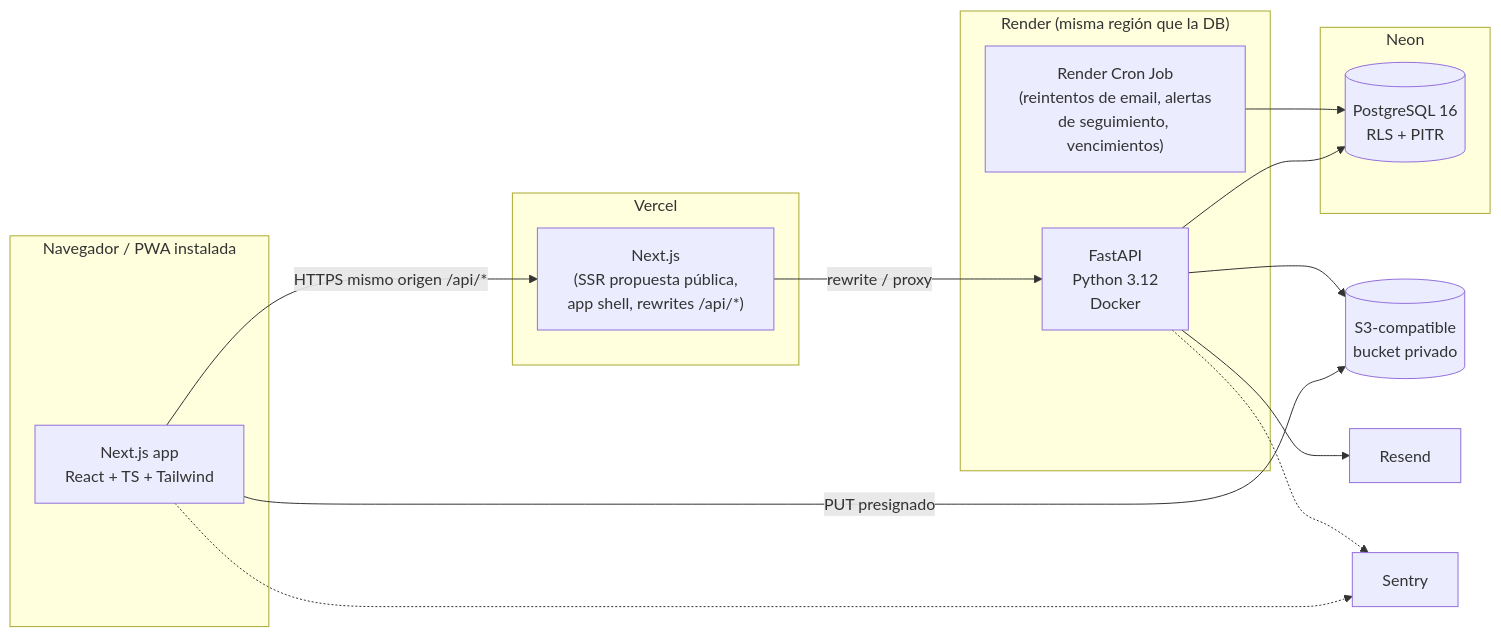
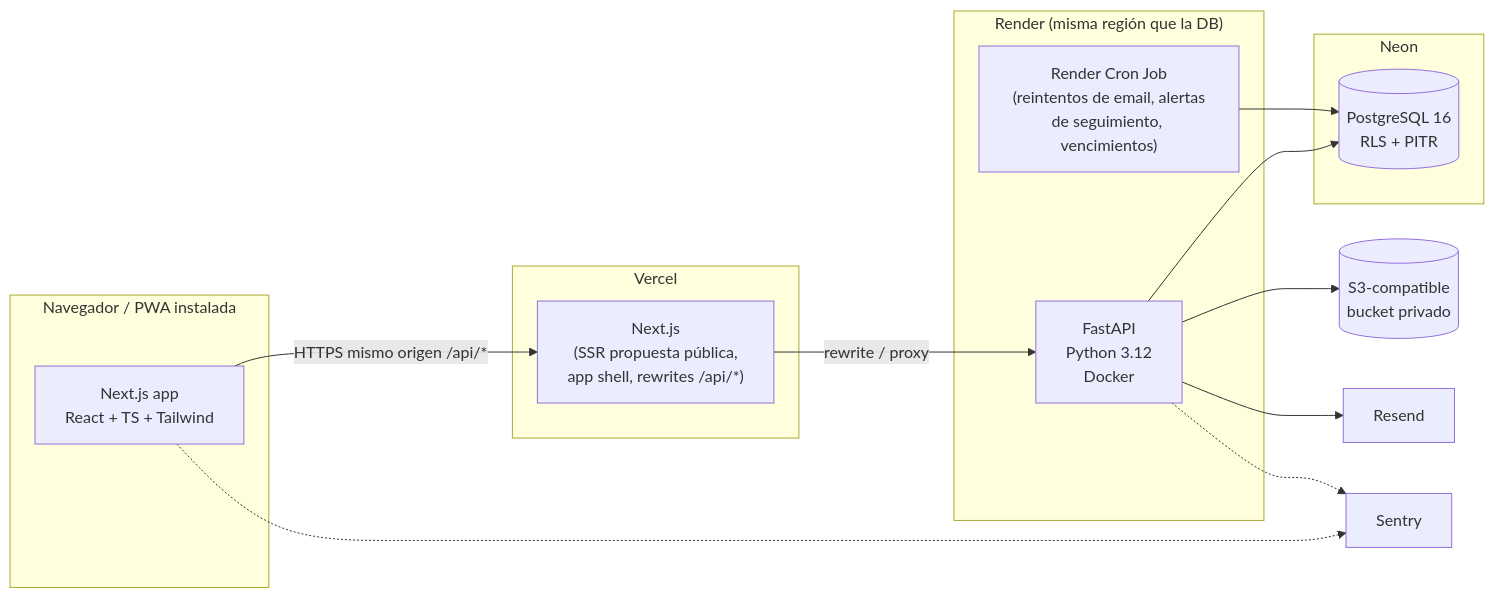
One commit to julietaarrazate/turnos-whatsapp changed the second of 3 diagrams in docs/architecture/ARCHITECTURE.md. Above: the diagram before and after it, drawn with Mermaid. The commit also changed other lines of this file and 41 other files, not shown here.

````diff
--- a/docs/architecture/ARCHITECTURE.md
+++ b/docs/architecture/ARCHITECTURE.md
@@ -48,33 +48,32 @@
 ```mermaid
 flowchart LR
     subgraph Browser["Navegador / PWA instalada"]
         UI["Next.js app<br/>React + TS + Tailwind"]
     end
 
     subgraph Vercel
         NEXT["Next.js<br/>(SSR propuesta pública,<br/>app shell, rewrites /api/*)"]
     end
 
     subgraph Render["Render (misma región que la DB)"]
         API["FastAPI<br/>Python 3.12<br/>Docker"]
         CRON["Render Cron Job<br/>(reintentos de email, alertas<br/>de seguimiento, vencimientos)"]
     end
 
     subgraph Neon
         PG[("PostgreSQL 16<br/>RLS + PITR")]
     end
 
     S3[("S3-compatible<br/>bucket privado")]
     RS["Resend"]
     SE["Sentry"]
 
     UI -->|HTTPS mismo origen /api/*| NEXT
     NEXT -->|rewrite / proxy| API
-    UI -->|PUT presignado| S3
     API --> PG
     API --> S3
     API --> RS
     CRON --> PG
     UI -.-> SE
     API -.-> SE
 ```
````
